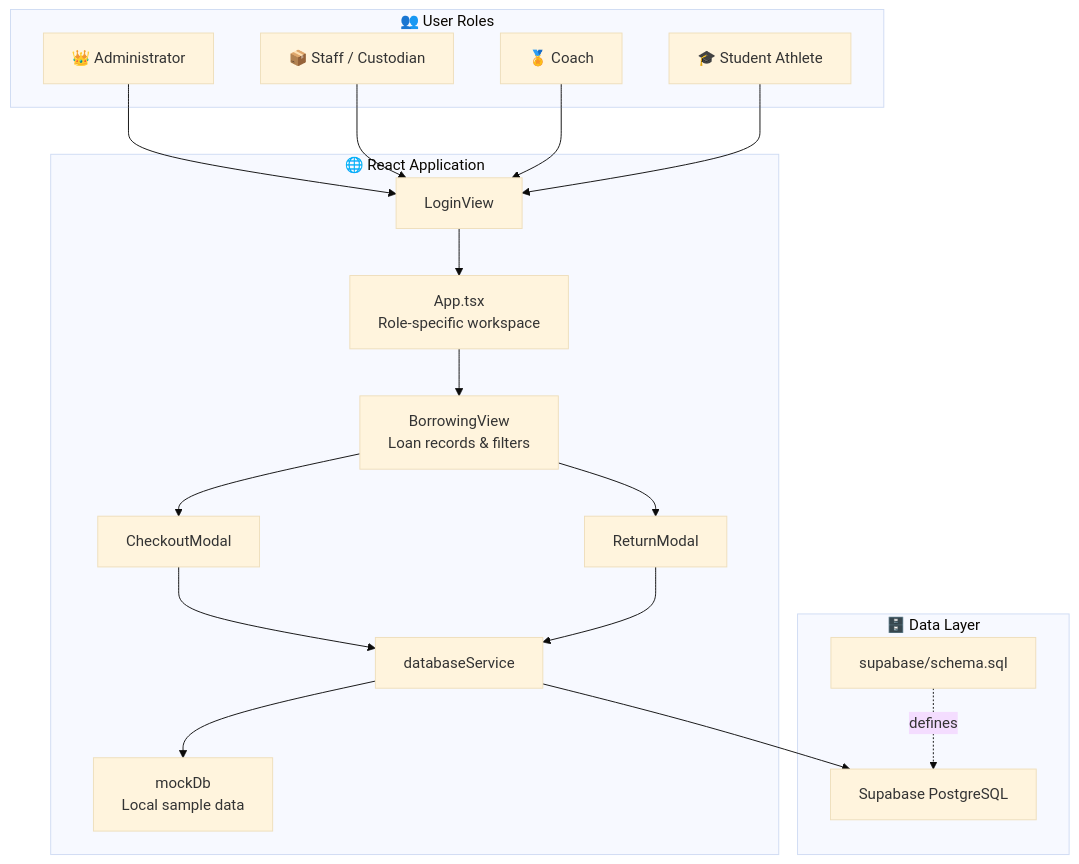
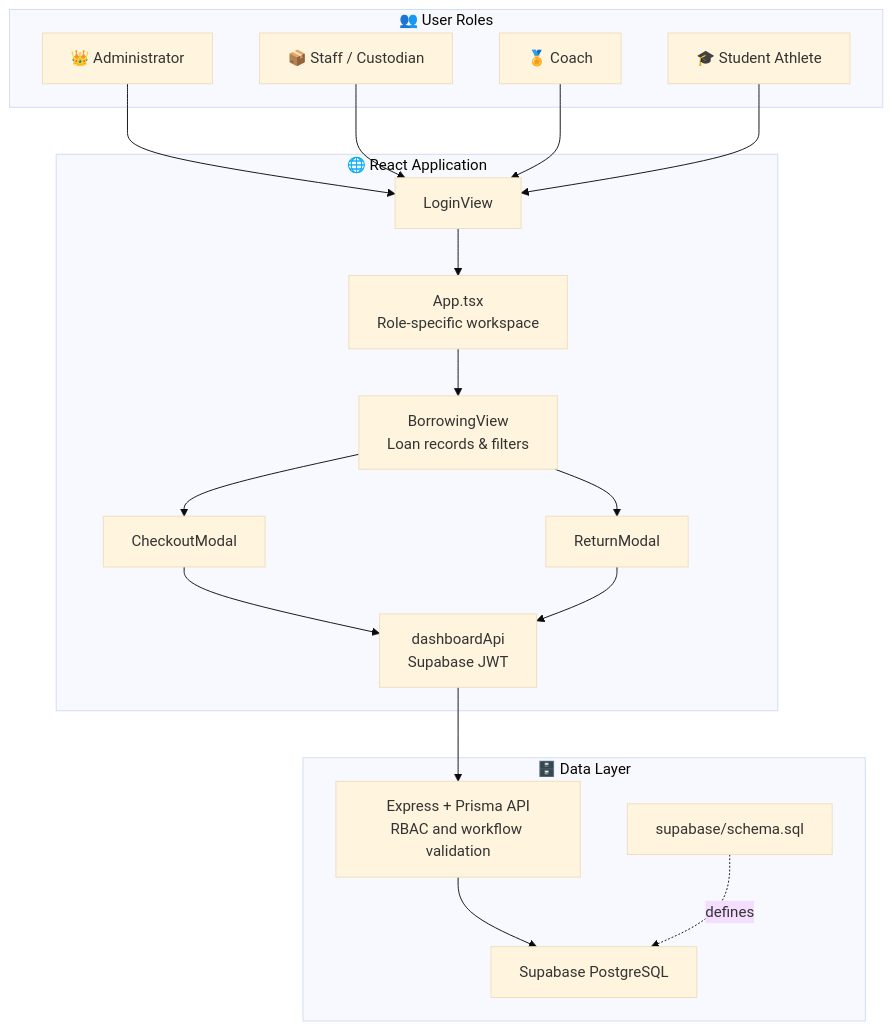
Before and after one commit to SamNahutdo/HNU_Falcons: the diagram in README.md, drawn with Mermaid (base theme). The commit also changed other lines of this file and 26 other files, not shown here.

Commit message:
feat: complete live Supabase integration, login security, and direct data workflows

````diff
--- a/README.md
+++ b/README.md
@@ -64,38 +64,38 @@
 ```mermaid
 flowchart TD
     subgraph Users ["👥 User Roles"]
         A["👑 Administrator"]
         B["📦 Staff / Custodian"]
         C["🏅 Coach"]
         D["🎓 Student Athlete"]
     end
 
     subgraph App ["🌐 React Application"]
         Login["LoginView"]
         Shell["App.tsx<br/>Role-specific workspace"]
         Borrowing["BorrowingView<br/>Loan records & filters"]
         Checkout["CheckoutModal"]
         Return["ReturnModal"]
-        Service["databaseService"]
-        Mock["mockDb<br/>Local sample data"]
+        Service["dashboardApi<br/>Supabase JWT"]
     end
 
     subgraph Data ["🗄️ Data Layer"]
+        API["Express + Prisma API<br/>RBAC and workflow validation"]
         Supabase["Supabase PostgreSQL"]
         Schema["supabase/schema.sql"]
     end
 
     A --> Login
     B --> Login
     C --> Login
     D --> Login
     Login --> Shell
     Shell --> Borrowing
     Borrowing --> Checkout
     Borrowing --> Return
     Checkout --> Service
     Return --> Service
-    Service --> Supabase
-    Service --> Mock
+    Service --> API
+    API --> Supabase
     Schema -. defines .-> Supabase
 ```
````
